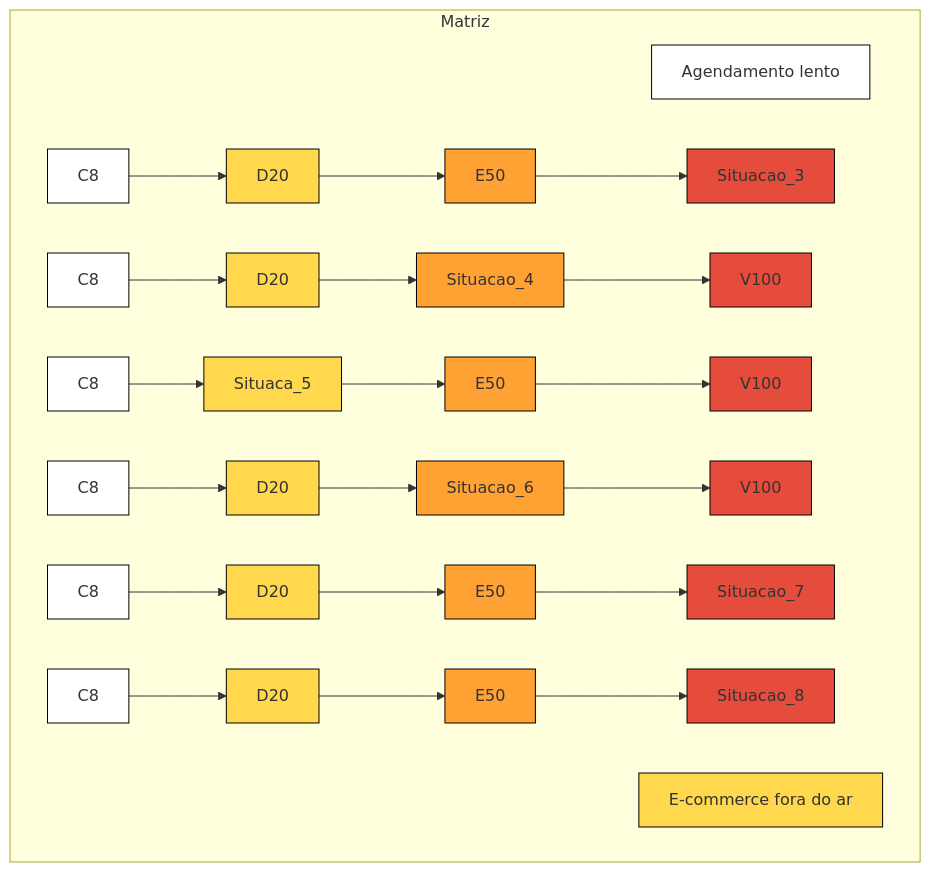
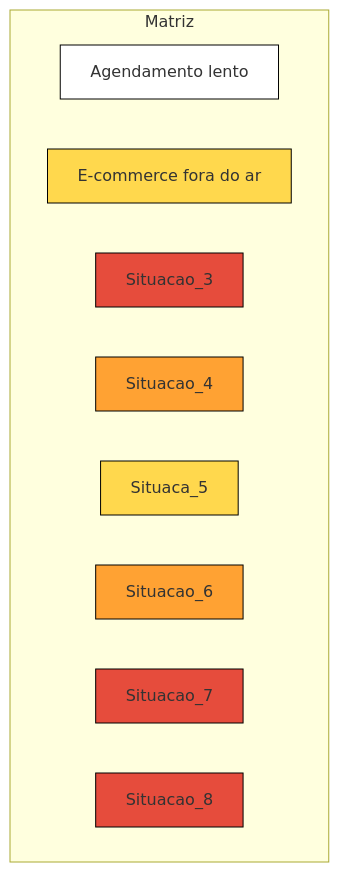
The second of 2 diagrams in README.md (BDlucca/Exercicio-GAPS), drawn with Mermaid before and after one commit.

````diff
--- a/README.md
+++ b/README.md
@@ -24,19 +24,19 @@
 ```mermaid
 graph TD
   subgraph Matriz
     A1["Agendamento lento"]:::branco
-    B1["E-commerce fora do ar"]:::amarelo
-    C1["C8"]:::branco--> C2["D20"]:::amarelo--> C3["E50"]:::laranja--> C4["Situacao_3"]:::vermelho
-    D1["C8"]:::branco--> D2["D20"]:::amarelo--> D3["Situacao_4"]:::laranja--> D4["V100"]:::vermelho
-    E1["C8"]:::branco--> E2["Situaca_5"]:::amarelo--> E3["E50"]:::laranja--> E4["V100"]:::vermelho
-    F1["C8"]:::branco--> F2["D20"]:::amarelo--> F3["Situacao_6"]:::laranja--> F4["V100"]:::vermelho
-    G1["C8"]:::branco--> G2["D20"]:::amarelo--> G3["E50"]:::laranja--> G4["Situacao_7"]:::vermelho
-    H1["C8"]:::branco--> H2["D20"]:::amarelo--> H3["E50"]:::laranja--> H4["Situacao_8"]:::vermelho
+    B2["E-commerce fora do ar"]:::amarelo
+    C4["Situacao_3"]:::vermelho
+    D3["Situacao_4"]:::laranja
+    E2["Situaca_5"]:::amarelo
+    F3["Situacao_6"]:::laranja
+    G4["Situacao_7"]:::vermelho
+    H4["Situacao_8"]:::vermelho
 end
 
 classDef branco fill:#fff,      stroke:#000,  stroke-width:1px;
 classDef amarelo fill:#FFD84D,  stroke:#000,  stroke-width:1px;
 classDef laranja fill:#FFA233,  stroke:#000,  stroke-width:1px;
 classDef vermelho fill:#E64C3C, stroke:#000,  stroke-width:1px;
 
 ```
````
